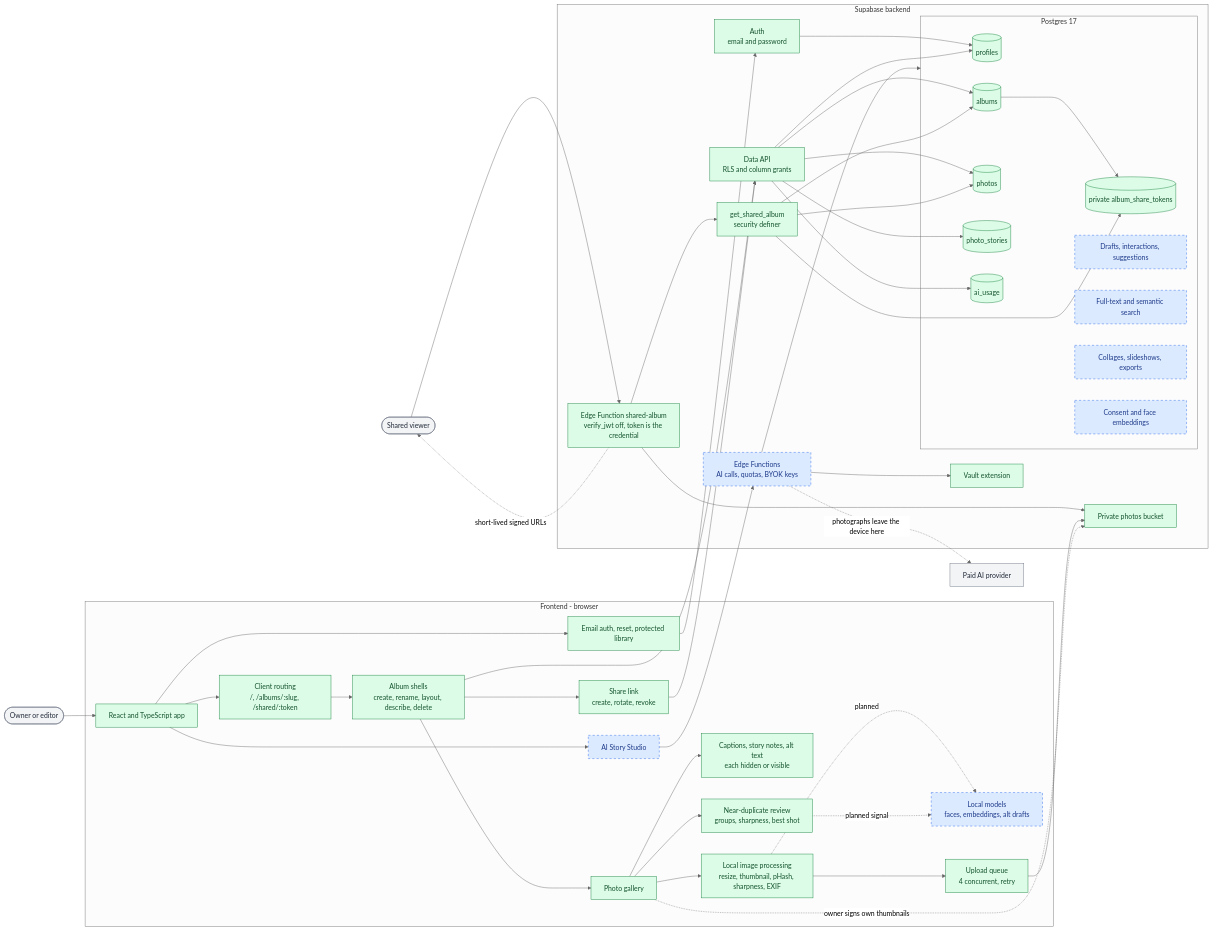
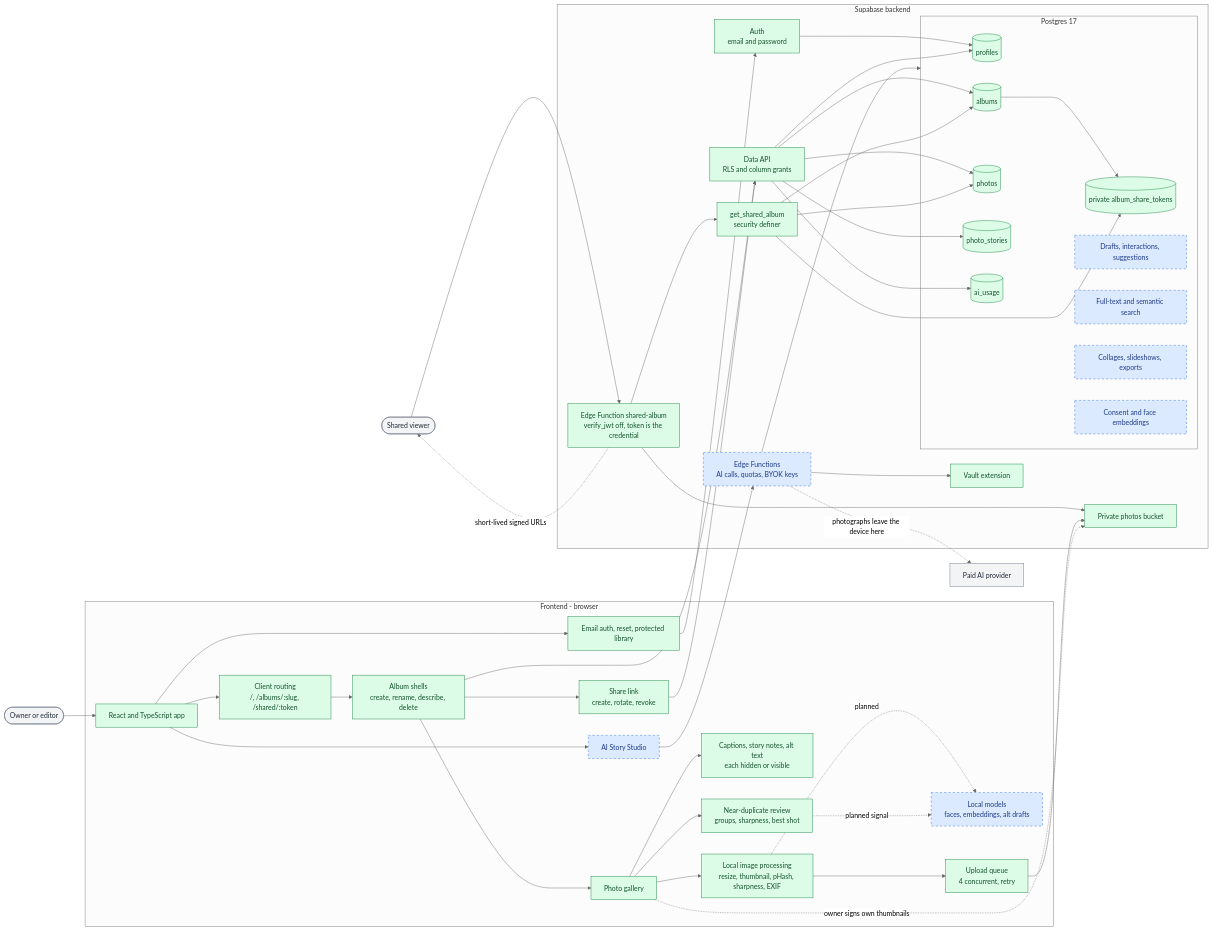
One commit to Elizabeth1979/albums-studio changed the first of 3 diagrams in docs/project-structure.md. Above: the diagram before and after it, drawn with Mermaid (neutral theme). The commit also changed other lines of this file and 1 other file, not shown here.

First line of the commit message:
Stop drawing a layout switch that was withdrawn

````diff
--- a/docs/project-structure.md
+++ b/docs/project-structure.md
@@ -44,79 +44,79 @@
 ```mermaid
 flowchart LR
     User([Owner or editor]):::external
     Viewer([Shared viewer]):::external
     Provider[Paid AI provider]:::external
 
     subgraph Frontend["Frontend - browser"]
         App["React and TypeScript app"]:::current
         AuthUI["Email auth, reset, protected library"]:::current
         Router["Client routing<br/>/, /albums/:slug, /shared/:token"]:::current
-        AlbumUI["Album shells<br/>create, rename, layout, describe, delete"]:::current
+        AlbumUI["Album shells<br/>create, rename, describe, delete"]:::current
         PhotoUI["Photo gallery"]:::current
         TextUI["Captions, story notes, alt text<br/>each hidden or visible"]:::current
         ShareUI["Share link<br/>create, rotate, revoke"]:::current
         Curation["Near-duplicate review<br/>groups, sharpness, best shot"]:::current
         Studio["AI Story Studio"]:::planned
         Local["Local image processing<br/>resize, thumbnail, pHash, sharpness, EXIF"]:::current
         LocalModel["Local models<br/>faces, embeddings, alt drafts"]:::planned
         Upload["Upload queue<br/>4 concurrent, retry"]:::current
 
         App --> AuthUI
         App --> Router --> AlbumUI
         AlbumUI --> PhotoUI --> TextUI
         AlbumUI --> ShareUI
         PhotoUI --> Curation
         App --> Studio
         PhotoUI --> Local --> Upload
         Local -. "planned" .-> LocalModel
         Curation -. "planned signal" .-> LocalModel
     end
 
     subgraph Supabase["Supabase backend"]
         Auth["Auth<br/>email and password"]:::current
         DataAPI["Data API<br/>RLS and column grants"]:::current
         RPC["get_shared_album<br/>security definer"]:::current
         Storage["Private photos bucket"]:::current
         Vault["Vault extension"]:::current
 
         subgraph Database["Postgres 17"]
             Profiles[(profiles)]:::current
             Albums[(albums)]:::current
             Photos[(photos)]:::current
             Stories[(photo_stories)]:::current
             Usage[(ai_usage)]:::current
             Tokens[(private album_share_tokens)]:::current
             AISchema["Drafts, interactions, suggestions"]:::planned
             SearchSchema["Full-text and semantic search"]:::planned
             OutputSchema["Collages, slideshows, exports"]:::planned
             FaceSchema["Consent and face embeddings"]:::planned
         end
 
         EdgeShare["Edge Function shared-album<br/>verify_jwt off, token is the credential"]:::current
         EdgeAI["Edge Functions<br/>AI calls, quotas, BYOK keys"]:::planned
 
         Auth --> Profiles
         DataAPI --> Albums & Photos & Stories & Profiles & Usage
         Albums --> Tokens
         RPC --> Albums & Photos & Tokens
         EdgeShare --> RPC
         EdgeShare --> Storage
         EdgeAI --> Database
         EdgeAI --> Vault
     end
 
     User --> App
     AuthUI --> Auth
     AlbumUI --> DataAPI
     ShareUI --> DataAPI
     Upload --> Storage
     PhotoUI -. "owner signs own thumbnails" .-> Storage
     Studio --> EdgeAI
     EdgeAI -. "photographs leave the device here" .-> Provider
     Viewer --> EdgeShare
     EdgeShare -. "short-lived signed URLs" .-> Viewer
 
     classDef current fill:#dcfce7,stroke:#15803d,color:#14532d
     classDef planned fill:#dbeafe,stroke:#2563eb,color:#1e3a8a,stroke-dasharray:5 5
     classDef external fill:#f3f4f6,stroke:#6b7280,color:#1f2937
 ```
````
